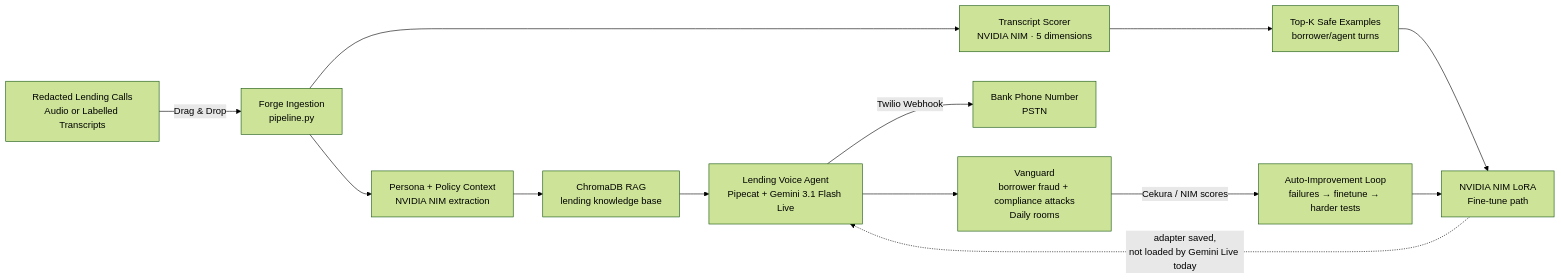
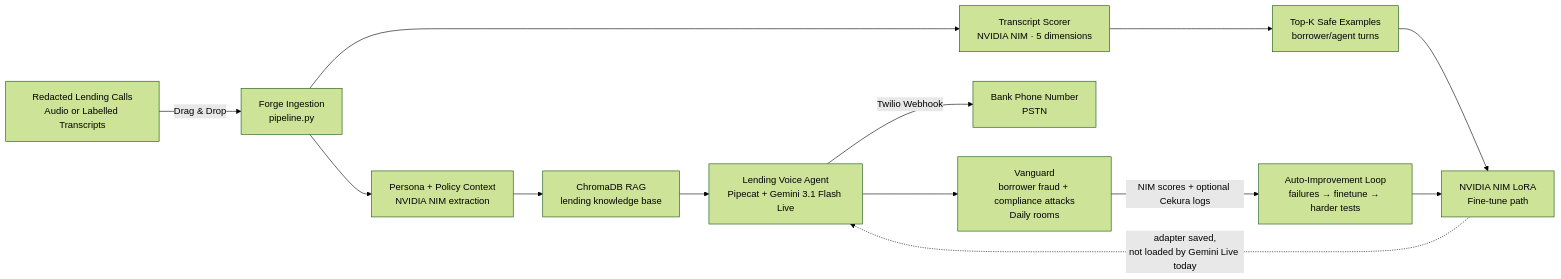
The diagram in README.md (Dhruva966/YC-Voice-Agents), drawn with Mermaid (forest theme) before and after one commit. The commit also changed other lines of this file and 3 other files, not shown here.

````diff
--- a/README.md
+++ b/README.md
@@ -38,15 +38,15 @@
 ```mermaid
 flowchart LR
     A[Redacted Lending Calls\nAudio or Labelled Transcripts] -->|Drag & Drop| B[Forge Ingestion\npipeline.py]
     B --> C[Persona + Policy Context\nNVIDIA NIM extraction]
     B --> D[Transcript Scorer\nNVIDIA NIM · 5 dimensions]
     D --> E[Top-K Safe Examples\nborrower/agent turns]
     C --> F[ChromaDB RAG\nlending knowledge base]
     E --> H[NVIDIA NIM LoRA\nFine-tune path]
     F --> G[Lending Voice Agent\nPipecat + Gemini 3.1 Flash Live]
     H -. adapter saved,\nnot loaded by Gemini Live today .-> G
     G -->|Twilio Webhook| I[Bank Phone Number\nPSTN]
     G --> J[Vanguard\nborrower fraud + compliance attacks\nDaily rooms]
-    J -->|Cekura / NIM scores| K[Auto-Improvement Loop\nfailures → finetune → harder tests]
+    J -->|NIM scores + optional Cekura logs| K[Auto-Improvement Loop\nfailures → finetune → harder tests]
     K --> H
 ```
````
